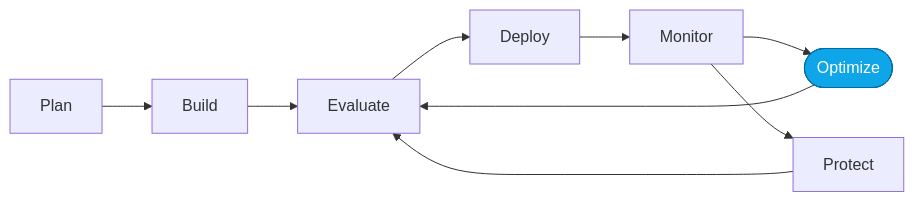
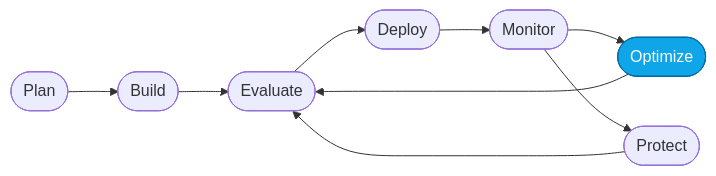
Before and after one commit to microsoft-foundry/agent-optimization-workshop: the diagram in labs/core/03-optimize-skills.md, drawn with Mermaid. The commit also changed other lines of this file and 17 other files, not shown here.

````diff
--- a/labs/core/03-optimize-skills.md
+++ b/labs/core/03-optimize-skills.md
@@ -13,7 +14,7 @@
 ```mermaid
 flowchart LR
-    Plan --> Build --> Evaluate --> Deploy --> Monitor --> Optimize([Optimize]):::active --> Evaluate
-    Monitor --> Protect --> Evaluate
+    Plan([Plan]) --> Build([Build]) --> Evaluate([Evaluate]) --> Deploy([Deploy]) --> Monitor([Monitor]) --> Optimize([Optimize]):::active --> Evaluate
+    Monitor --> Protect([Protect]) --> Evaluate
 
     classDef active fill:#0ea5e9,stroke:#0369a1,color:#fff;
 ```
````
